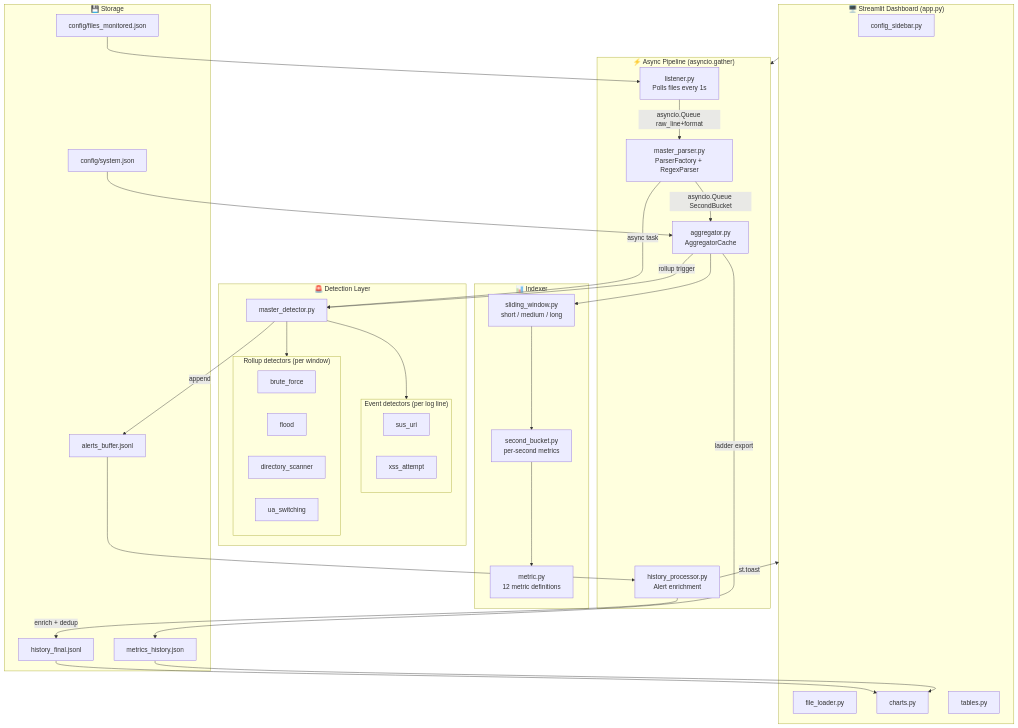
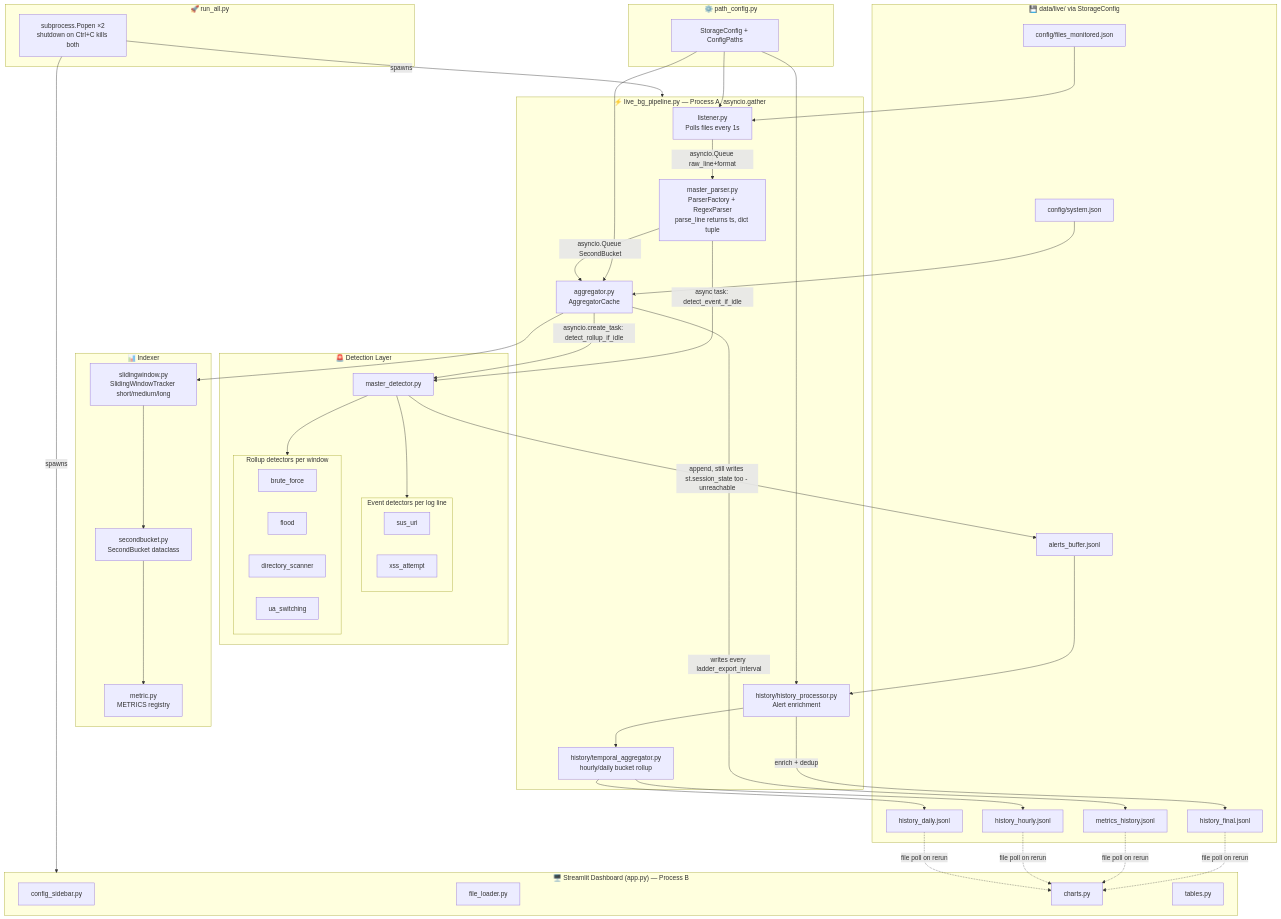
Before and after one commit to bachkhoahoccode/log-analyser: the diagram in architecture/architecture.md, drawn with Mermaid. The commit also changed 7 other files, not shown here.

Commit message:
add run_all

````diff
--- a/architecture/architecture.md
+++ b/architecture/architecture.md
@@ -3,115 +3,84 @@
 
 graph TB
 
-    subgraph Dashboard["🖥️ Streamlit Dashboard  (app.py)"]
-
-        CFG[config_sidebar.py]
-
-        FL[file_loader.py]
-
-        CH[charts.py]
-
-        TB[tables.py]
-
+    subgraph Launcher["🚀 run_all.py"]
+        RA[subprocess.Popen ×2\nshutdown on Ctrl+C kills both]
     end
 
-    subgraph Pipeline["⚡ Async Pipeline  (asyncio.gather)"]
+    subgraph Dashboard["🖥️ Streamlit Dashboard  (app.py) — Process B"]
+        CFG[config_sidebar.py]
+        FL[file_loader.py]
+        CH[charts.py]
+        TB[tables.py]
+    end
 
+    subgraph Config["⚙️ path_config.py"]
+        PC[StorageConfig + ConfigPaths]
+    end
+
+    subgraph Pipeline["⚡ live_bg_pipeline.py — Process A, asyncio.gather"]
         LS[listener.py\nPolls files every 1s]
-
-        MP[master_parser.py\nParserFactory + RegexParser]
-
+        MP[master_parser.py\nParserFactory + RegexParser\nparse_line returns ts, dict tuple]
         AG[aggregator.py\nAggregatorCache]
-
-        HP[history_processor.py\nAlert enrichment]
-
+        HP[history/history_processor.py\nAlert enrichment]
+        TA[history/temporal_aggregator.py\nhourly/daily bucket rollup]
     end
 
     subgraph Detection["🚨 Detection Layer"]
-
         MD[master_detector.py]
-
-        subgraph EventDet["Event detectors (per log line)"]
-
+        subgraph EventDet["Event detectors per log line"]
             SU[sus_uri]
-
             XS[xss_attempt]
-
         end
-
-        subgraph RollupDet["Rollup detectors (per window)"]
-
+        subgraph RollupDet["Rollup detectors per window"]
             BF[brute_force]
-
             FL2[flood]
-
             DS[directory_scanner]
-
             UA[ua_switching]
-
         end
-
     end
 
     subgraph Indexer["📊 Indexer"]
-
-        SW[sliding_window.py\nshort / medium / long]
-
-        SB[second_bucket.py\nper-second metrics]
-
-        MT[metric.py\n12 metric definitions]
-
+        SW[slidingwindow.py\nSlidingWindowTracker short/medium/long]
+        SB[secondbucket.py\nSecondBucket dataclass]
+        MT[metric.py\nMETRICS registry]
     end
 
-    subgraph Storage["💾 Storage"]
-
+    subgraph Storage["💾 data/live/  via StorageConfig"]
         CFJ[config/files_monitored.json]
-
         SYS[config/system.json]
-
         BUF[alerts_buffer.jsonl]
-
         HIST[history_final.jsonl]
-
-        MH[metrics_history.json]
-
+        MH[metrics_history.jsonl]
+        HR[history_hourly.jsonl]
+        DY[history_daily.jsonl]
     end
 
+    RA -->|spawns| Pipeline
+    RA -->|spawns| Dashboard
+    PC --> LS
+    PC --> AG
+    PC --> HP
     CFJ --> LS
-
     SYS --> AG
-
-    Dashboard --> Pipeline
-
     LS -->|asyncio.Queue raw_line+format| MP
-
     MP -->|asyncio.Queue SecondBucket| AG
-
-    MP -->|async task| MD
-
-    AG -->|rollup trigger| MD
-
+    MP -->|async task: detect_event_if_idle| MD
+    AG -->|asyncio.create_task: detect_rollup_if_idle| MD
     AG --> SW
-
     SW --> SB
-
     SB --> MT
-
     MD --> EventDet
-
     MD --> RollupDet
-
-    MD -->|append| BUF
-
+    MD -->|append, still writes st.session_state too - unreachable| BUF
     BUF --> HP
-
     HP -->|enrich + dedup| HIST
-
-    HP -->|st.toast| Dashboard
-
-    AG -->|ladder export| MH
-
-    HIST --> CH
-
-    MH --> CH
+    HP --> TA
+    TA --> HR
+    TA --> DY
+    AG -->|writes every ladder_export_interval| MH
+    HIST -.->|file poll on rerun| CH
+    MH -.->|file poll on rerun| CH
+    HR -.->|file poll on rerun| CH
+    DY -.->|file poll on rerun| CH
 ```
````
